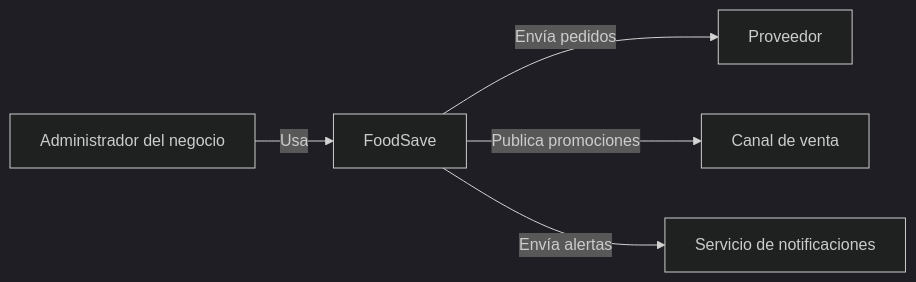
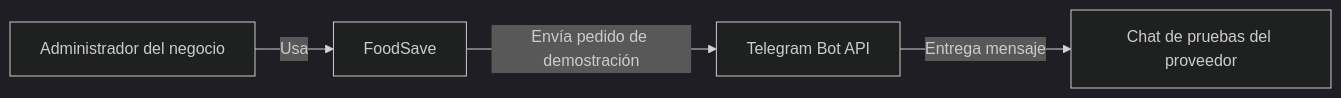
Before and after one commit to AXL031/savefood_automatizacion: the diagram in docs/arquitectura/c4/contexto.md, drawn with Mermaid (dark theme). The commit also changed other lines of this file and 265 other files, not shown here.

````diff
--- a/docs/arquitectura/c4/contexto.md
+++ b/docs/arquitectura/c4/contexto.md
@@ -5,7 +5,6 @@
 ```mermaid
 flowchart LR
     administrador[Administrador del negocio] -->|Usa| foodsave[FoodSave]
-    foodsave -->|Envía pedidos| proveedor[Proveedor]
-    foodsave -->|Publica promociones| canal[Canal de venta]
-    foodsave -->|Envía alertas| avisos[Servicio de notificaciones]
+    foodsave -->|Envía pedido de demostración| telegram[Telegram Bot API]
+    telegram -->|Entrega mensaje| proveedor[Chat de pruebas del proveedor]
 ```
````
